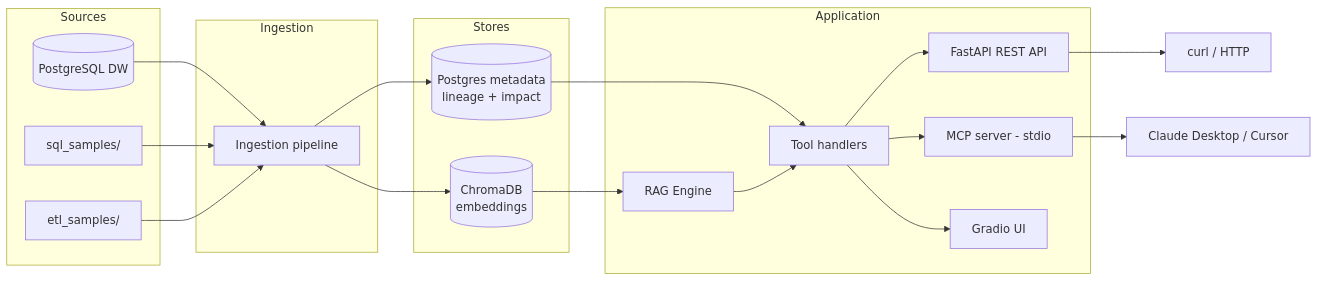
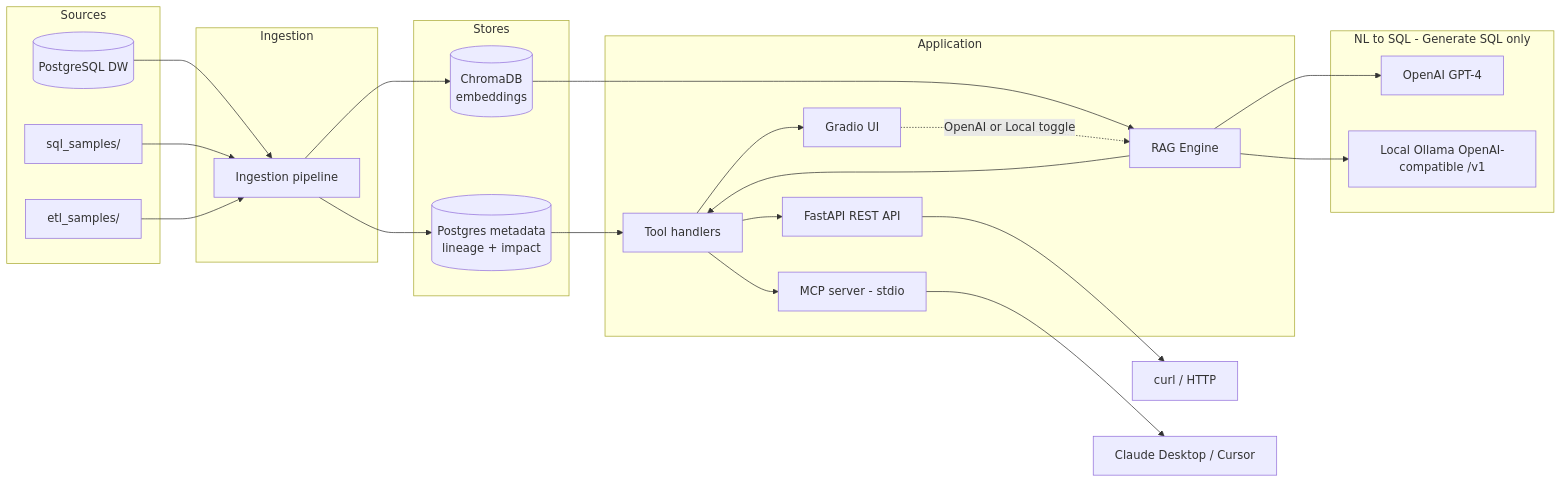
The diagram in docs/SHOWCASE.md (raghuram-chittibomma/data-catalog-assistant), drawn with Mermaid before and after one commit. The commit also changed other lines of this file and 22 other files, not shown here.

Commit message:
Add OpenAI or local Ollama provider for NL-to-SQL generation.

````diff
--- a/docs/SHOWCASE.md
+++ b/docs/SHOWCASE.md
@@ -29,35 +29,42 @@
 ```mermaid
 flowchart LR
   subgraph sources [Sources]
     DW[(PostgreSQL DW)]
     SQL[sql_samples/]
     ETL[etl_samples/]
   end
   subgraph ingest [Ingestion]
     Pipe[Ingestion pipeline]
   end
   subgraph stores [Stores]
     Meta[(Postgres metadata\nlineage + impact)]
     Chroma[(ChromaDB\nembeddings)]
   end
   subgraph app [Application]
     RAG[RAG Engine]
     Tools[Tool handlers]
     REST[FastAPI REST API]
     MCP[MCP server - stdio]
     UI[Gradio UI]
   end
+  subgraph llm [NL to SQL - Generate SQL only]
+    OpenAI[OpenAI GPT-4]
+    Ollama[Local Ollama OpenAI-compatible /v1]
+  end
   DW --> Pipe
   SQL --> Pipe
   ETL --> Pipe
   Pipe --> Meta
   Pipe --> Chroma
   Meta --> Tools
   Chroma --> RAG
   RAG --> Tools
   Tools --> REST
   Tools --> MCP
   Tools --> UI
   REST --> Curl[curl / HTTP]
   MCP --> Agents[Claude Desktop / Cursor]
+  RAG --> OpenAI
+  RAG --> Ollama
+  UI -.->|OpenAI or Local toggle| RAG
 ```
````
